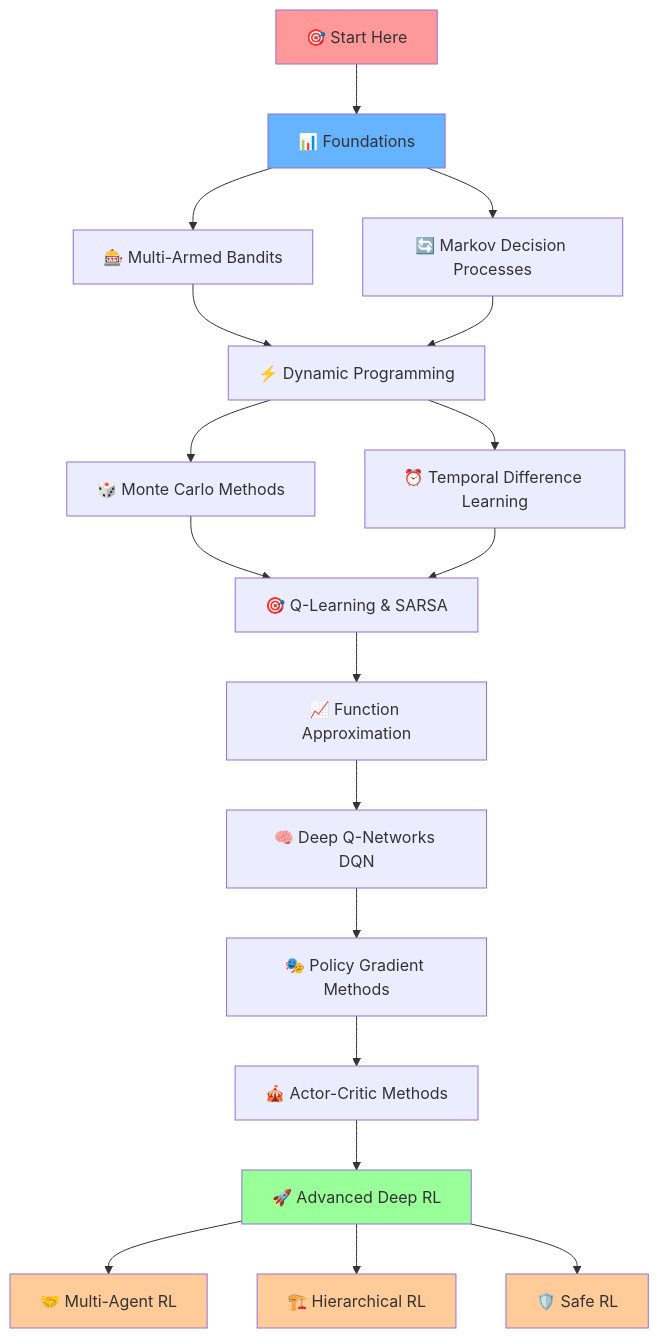
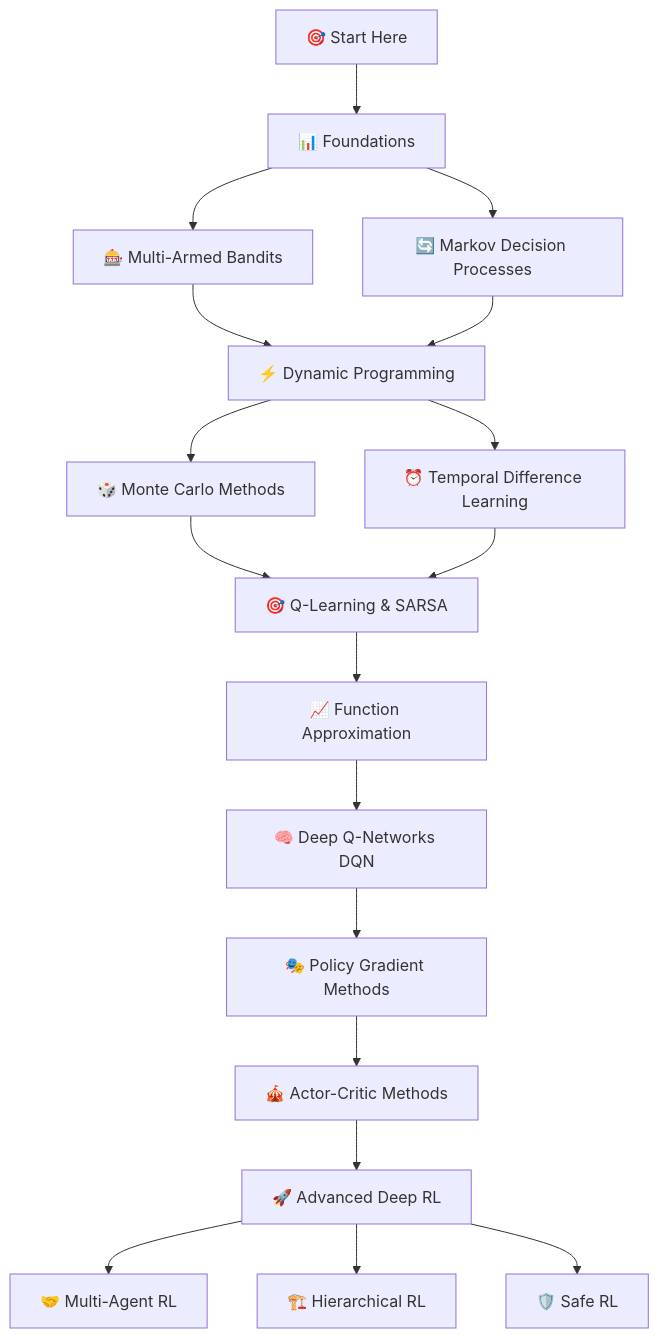
Before and after one commit to mohd-faizy/Reinforcement_learning: the diagram in README.md, drawn with Mermaid.

````diff
--- a/README.md
+++ b/README.md
@@ -69,33 +69,27 @@
 ```mermaid
 graph TD
     A[🎯 Start Here] --> B[📊 Foundations]
     B --> C[🎰 Multi-Armed Bandits]
     B --> D[🔄 Markov Decision Processes]
     
     C --> E[⚡ Dynamic Programming]
     D --> E
     
     E --> F[🎲 Monte Carlo Methods]
     E --> G[⏰ Temporal Difference Learning]
     
     F --> H[🎯 Q-Learning & SARSA]
     G --> H
     
     H --> I[📈 Function Approximation]
     I --> J[🧠 Deep Q-Networks DQN]
     
     J --> K[🎭 Policy Gradient Methods]
     K --> L[🎪 Actor-Critic Methods]
     
     L --> M[🚀 Advanced Deep RL]
     M --> N[🤝 Multi-Agent RL]
     M --> O[🏗️ Hierarchical RL]
     M --> P[🛡️ Safe RL]
     
-    style A fill:#ff9999
-    style B fill:#66b3ff
-    style M fill:#99ff99
-    style N fill:#ffcc99
-    style O fill:#ffcc99
-    style P fill:#ffcc99
 ```
````
